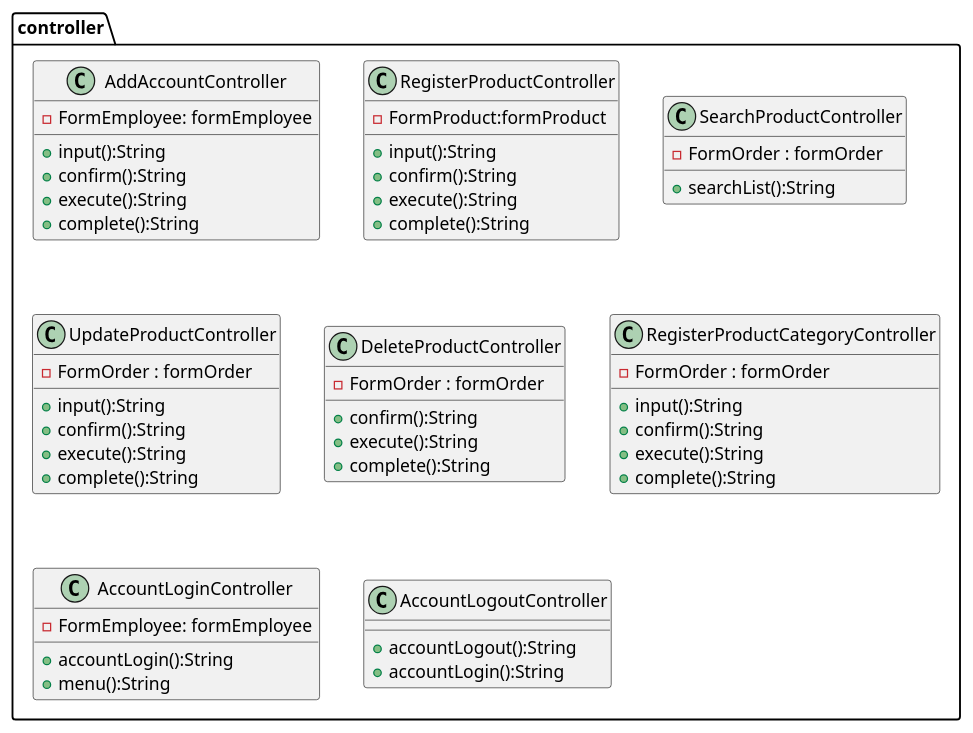
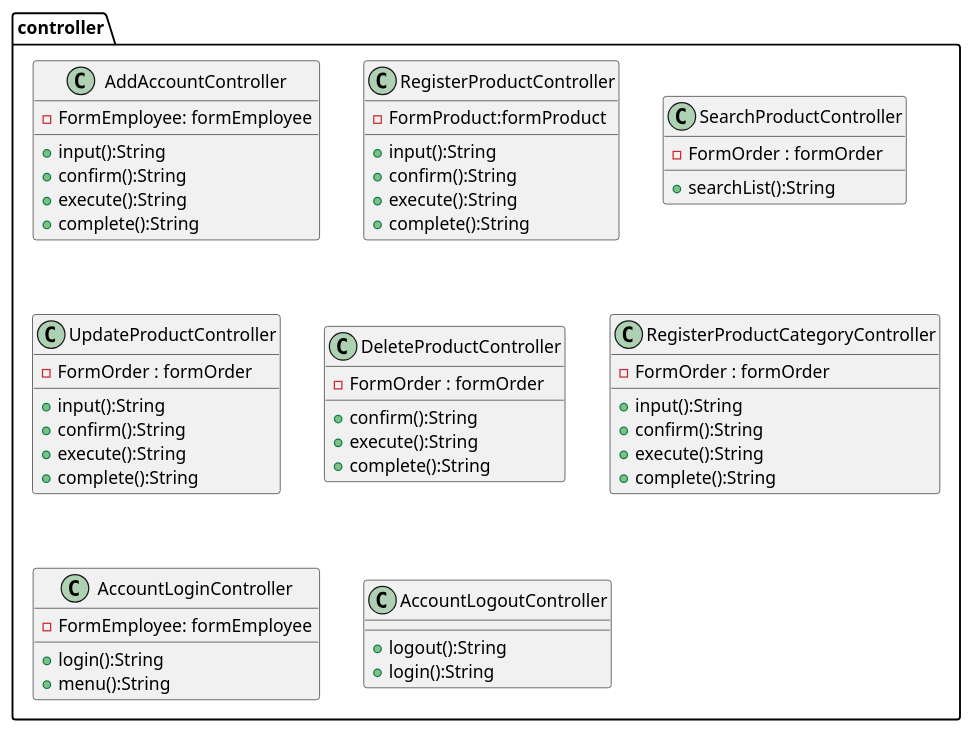
Before and after one commit to kanavii3333/ec-b: the diagram in plan/uml/class/controller.plantuml, drawn with PlantUML.

Commit message:
controller.plantuml 修正

```diff
--- a/plan/uml/class/controller.plantuml
+++ b/plan/uml/class/controller.plantuml
@@ -1,55 +1,55 @@
 package controller{
     class AddAccountController{
         -FormEmployee: formEmployee
         + input():String
         + confirm():String
         + execute():String
     	+ complete():String
         
     }
     class RegisterProductController{
     	- FormProduct:formProduct
         + input():String
         + confirm():String
         + execute():String
     	+ complete():String
     }
     class SearchProductController{
     	- FormOrder : formOrder
     	+ searchList():String
     	
       
         
     }
     class UpdateProductController{
         - FormOrder : formOrder
      	+ input():String
         + confirm():String
         + execute():String
     	+ complete():String
         
     }
     class DeleteProductController{
     	- FormOrder : formOrder
         + confirm():String
         + execute():String
     	+ complete():String
     }
     class RegisterProductCategoryController{
         - FormOrder : formOrder
         + input():String
         + confirm():String
         + execute():String
     	+ complete():String
     }
     class AccountLoginController{
         -FormEmployee: formEmployee
-        + accountLogin():String
+        + login():String
         + menu():String
     }
     class AccountLogoutController{
-        + accountLogout():String
-        + accountLogin():String
+        + logout():String
+        + login():String
         
     }
 }
```
